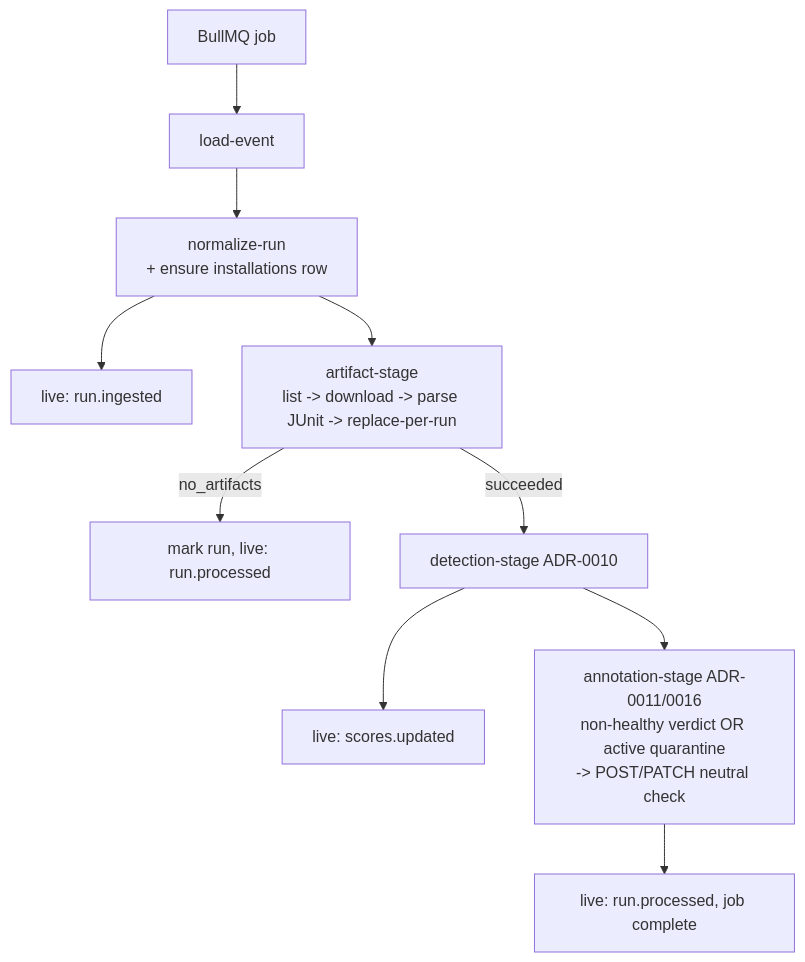
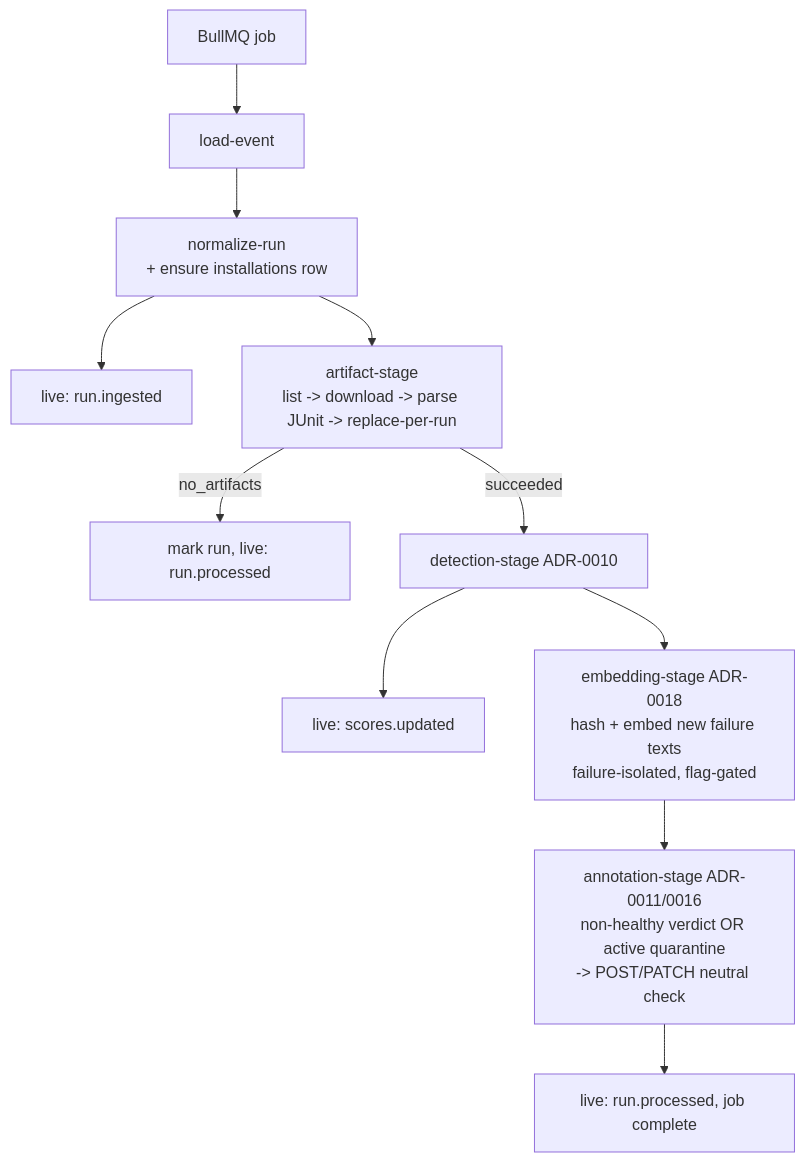
One commit to annacrisstina/devflow changed the second of 3 diagrams in docs/architecture/system-overview.md. Above: the diagram before and after it, drawn with Mermaid. The commit also changed other lines of this file and 7 other files, not shown here.

Commit message:
docs(docs): update project memory, dev log and architecture docs

````diff
--- a/docs/architecture/system-overview.md
+++ b/docs/architecture/system-overview.md
@@ -38,12 +39,13 @@
 ```mermaid
 flowchart TD
     J[BullMQ job] --> LE[load-event]
     LE --> NR[normalize-run<br/>+ ensure installations row]
     NR --> LI1[live: run.ingested]
     NR --> AS[artifact-stage<br/>list -> download -> parse JUnit -> replace-per-run]
     AS -->|no_artifacts| END1[mark run, live: run.processed]
     AS -->|succeeded| DS[detection-stage ADR-0010]
     DS --> LI2[live: scores.updated]
-    DS --> AN[annotation-stage ADR-0011/0016<br/>non-healthy verdict OR active quarantine<br/>-> POST/PATCH neutral check]
+    DS --> EM[embedding-stage ADR-0018<br/>hash + embed new failure texts<br/>failure-isolated, flag-gated]
+    EM --> AN[annotation-stage ADR-0011/0016<br/>non-healthy verdict OR active quarantine<br/>-> POST/PATCH neutral check]
     AN --> END2[live: run.processed, job complete]
 ```
````
